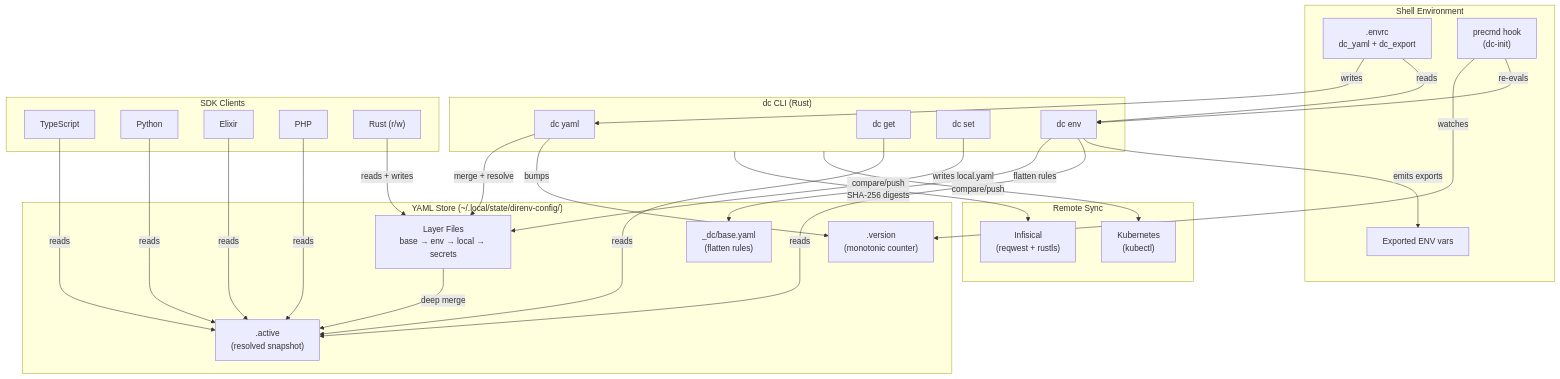
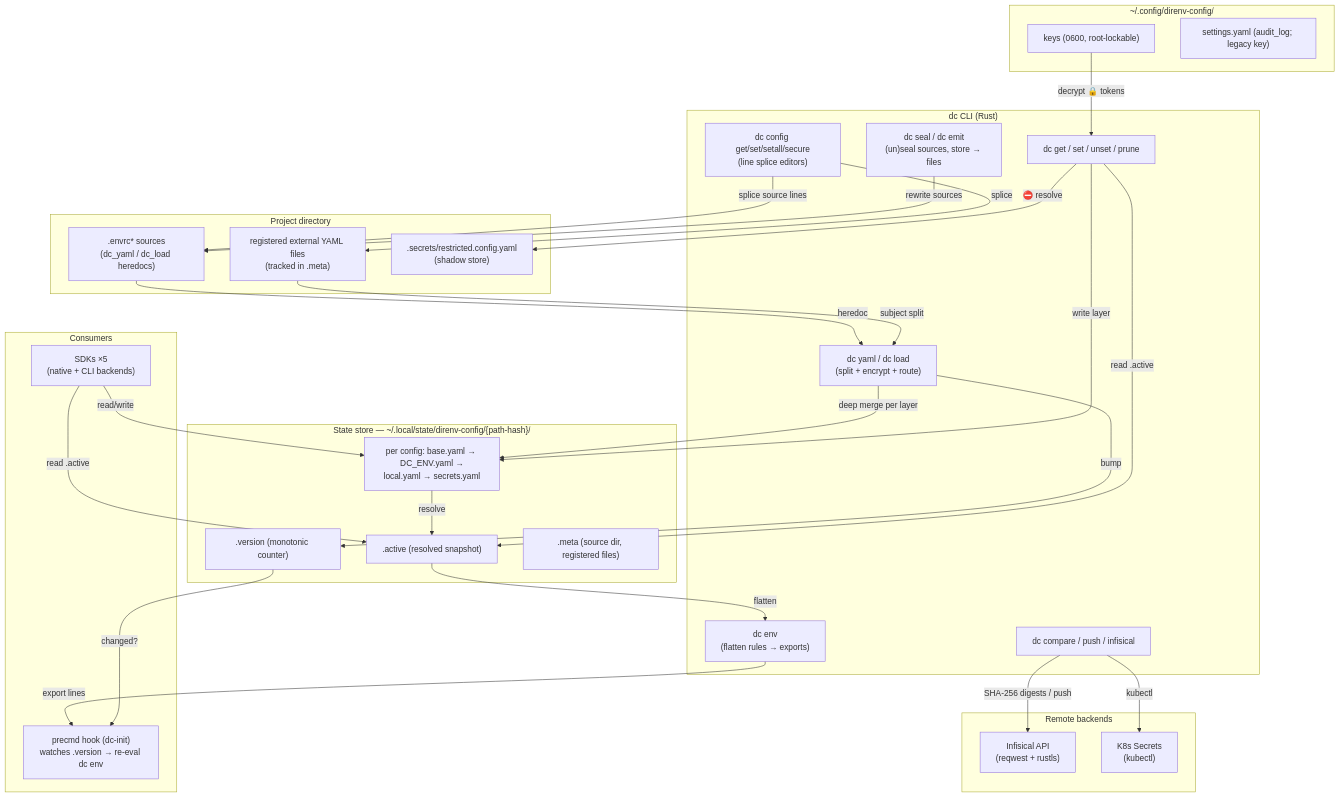
Before and after one commit to the-robot-lives/direnv-config: the diagram in docs/PROJ-ARCH.md, drawn with Mermaid. The commit also changed other lines of this file and 16 other files, not shown here.

First line of the commit message:
docs: refresh layout + architecture docs, clean up README

````diff
--- a/docs/PROJ-ARCH.md
+++ b/docs/PROJ-ARCH.md
@@ -11,52 +15,59 @@
 ```mermaid
 graph TB
-    subgraph Shell["Shell Environment"]
-        envrc[".envrc<br/>dc_yaml + dc_export"]
-        precmd["precmd hook<br/>(dc-init)"]
-        env["Exported ENV vars"]
+    subgraph Project["Project directory"]
+        ENVRC[".envrc* sources<br/>(dc_yaml / dc_load heredocs)"]
+        EXTERN["registered external YAML files<br/>(tracked in .meta)"]
+        SHADOW[".secrets/restricted.config.yaml<br/>(shadow store)"]
     end
 
     subgraph CLI["dc CLI (Rust)"]
-        yaml_cmd["dc yaml"]
-        get_cmd["dc get"]
-        set_cmd["dc set"]
-        env_cmd["dc env"]
+        INGEST["dc yaml / dc load<br/>(split + encrypt + route)"]
+        GETSET["dc get / set / unset / prune"]
+        CFG["dc config get/set/setall/secure<br/>(line splice editors)"]
+        SEALEMIT["dc seal / dc emit<br/>(un)seal sources, store → files"]
+        ENV["dc env<br/>(flatten rules → exports)"]
+        SYNC["dc compare / push / infisical"]
     end
 
-    subgraph Store["YAML Store (~/.local/state/direnv-config/)"]
-        layers["Layer Files<br/>base → env → local → secrets"]
-        active[".active<br/>(resolved snapshot)"]
-        version[".version<br/>(monotonic counter)"]
-        dc_cfg["_dc/base.yaml<br/>(flatten rules)"]
+    subgraph State["State store — ~/.local/state/direnv-config/{path-hash}/"]
+        LAYERS["per config: base.yaml → DC_ENV.yaml →<br/>local.yaml → secrets.yaml"]
+        ACTIVE[".active (resolved snapshot)"]
+        VERSION[".version (monotonic counter)"]
+        META[".meta (source dir, registered files)"]
     end
 
-    subgraph SDKs["SDK Clients"]
-        ts["TypeScript"]
-        py["Python"]
-        ex["Elixir"]
-        php["PHP"]
-        rs["Rust (r/w)"]
+    subgraph Global["~/.config/direnv-config/"]
+        KEYS["keys (0600, root-lockable)"]
+        SETTINGS["settings.yaml (audit_log; legacy key)"]
     end
 
-    subgraph Remote["Remote Sync"]
-        inf["Infisical<br/>(reqwest + rustls)"]
-        k8s["Kubernetes<br/>(kubectl)"]
+    subgraph Consumers["Consumers"]
+        HOOK["precmd hook (dc-init)<br/>watches .version → re-eval dc env"]
+        SDKS["SDKs ×5<br/>(native + CLI backends)"]
     end
 
-    envrc -->|writes| yaml_cmd
-    yaml_cmd -->|merge + resolve| layers
-    layers -->|deep merge| active
-    yaml_cmd -->|bumps| version
-    envrc -->|reads| env_cmd
-    env_cmd -->|flatten rules| dc_cfg
-    env_cmd -->|reads| active
-    env_cmd -->|emits exports| env
-    precmd -->|watches| version
-    precmd -->|re-evals| env_cmd
-    set_cmd -->|writes local.yaml| layers
-    get_cmd -->|reads| active
-    ts & py & ex & php -->|reads| active
-    rs -->|reads + writes| layers
-    CLI -->|compare/push<br/>SHA-256 digests| inf
-    CLI -->|compare/push| k8s
+    subgraph Remote["Remote backends"]
+        INF["Infisical API<br/>(reqwest + rustls)"]
+        K8S["K8s Secrets<br/>(kubectl)"]
+    end
+
+    ENVRC -->|heredoc| INGEST
+    EXTERN -->|subject split| INGEST
+    INGEST -->|deep merge per layer| LAYERS
+    LAYERS -->|resolve| ACTIVE
+    INGEST -->|bump| VERSION
+    GETSET -->|read .active| ACTIVE
+    GETSET -->|write layer| LAYERS
+    CFG -->|splice source lines| ENVRC
+    CFG -->|splice| EXTERN
+    SEALEMIT -->|rewrite sources| ENVRC
+    KEYS -->|decrypt 🔒 tokens| GETSET
+    ACTIVE -->|flatten| ENV
+    ENV -->|export lines| HOOK
+    VERSION -->|changed?| HOOK
+    SDKS -->|read/write| LAYERS
+    SDKS -->|read .active| ACTIVE
+    SYNC -->|SHA-256 digests / push| INF
+    SYNC -->|kubectl| K8S
+    GETSET -->|⛔ resolve| SHADOW
 ```
````
